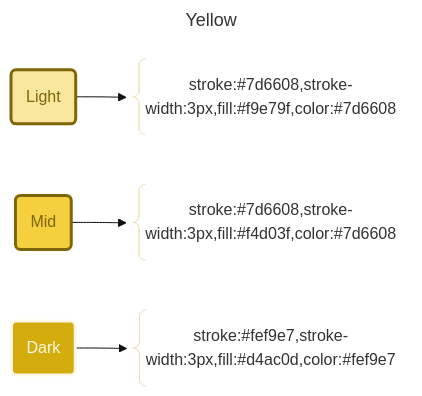
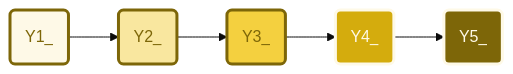
The ninth of 14 diagrams in profile/mermaid/mermaid.md (APrettyCoolProgram/aprettycoolprogram), drawn with Mermaid (base theme) before and after one commit. The commit also changed other lines of this file, not shown here.

````diff
--- a/profile/mermaid/mermaid.md
+++ b/profile/mermaid/mermaid.md
@@ -276,24 +303,17 @@
 ```mermaid
----
-title: Yellow
----
 flowchart LR
-  %% Components
-  Light@{shape: rounded, label: "Light"}
-  LightString@{shape: brace, label: "stroke:#7d6608,stroke-width:3px,fill:#f9e79f,color:#7d6608"}
-  Mid@{shape: rounded, label: "Mid"}
-  MidString@{shape: brace, label: "stroke:#7d6608,stroke-width:3px,fill:#f4d03f,color:#7d6608"}
-  Dark@{shape: rounded, label: "Dark"}
-  DarkString@{shape: brace, label: "stroke:#fef9e7,stroke-width:3px,fill:#d4ac0d,color:#fef9e7"}
-  %% Layout
-  Light --> LightString
-  Mid --> MidString
-  Dark --> DarkString
-  %% Styles
-  classDef Light stroke:#7d6608,stroke-width:3px,fill:#f9e79f,color:#7d6608  
-  classDef Mid stroke:#7d6608,stroke-width:3px,fill:#f4d03f,color:#7d6608
-  classDef Dark stroke:#fef9e7,stroke-width:3px,fill:#d4ac0d,color:#fef9e7
-  class Light Light
-  class Mid Mid
-  class Dark Dark
+  %% Components
+  Y1@{shape: rounded, label: "Y1_"}
+  Y2@{shape: rounded, label: "Y2_"}
+  Y3@{shape: rounded, label: "Y3_"}
+  Y4@{shape: rounded, label: "Y4_"}
+  Y5@{shape: rounded, label: "Y5_"}
+  %% Layout
+  Y1:::Y1_ --> Y2:::Y2_ --> Y3:::Y3_ --> Y4:::Y4_ --> Y5:::Y5_ 
+  %% Styles
+  classDef Y1_ stroke:#7d6608,stroke-width:3px,fill:#fef9e7,color:#7d6608
+  classDef Y2_ stroke:#7d6608,stroke-width:3px,fill:#f9e79f,color:#7d6608
+  classDef Y3_ stroke:#7d6608,stroke-width:3px,fill:#f4d03f,color:#7d6608
+  classDef Y4_ stroke:#fef9e7,stroke-width:3px,fill:#d4ac0d,color:#fef9e7
+  classDef Y5_ stroke:#fef9e7,stroke-width:3px,fill:#7d6608,color:#fef9e7
 ```
````
